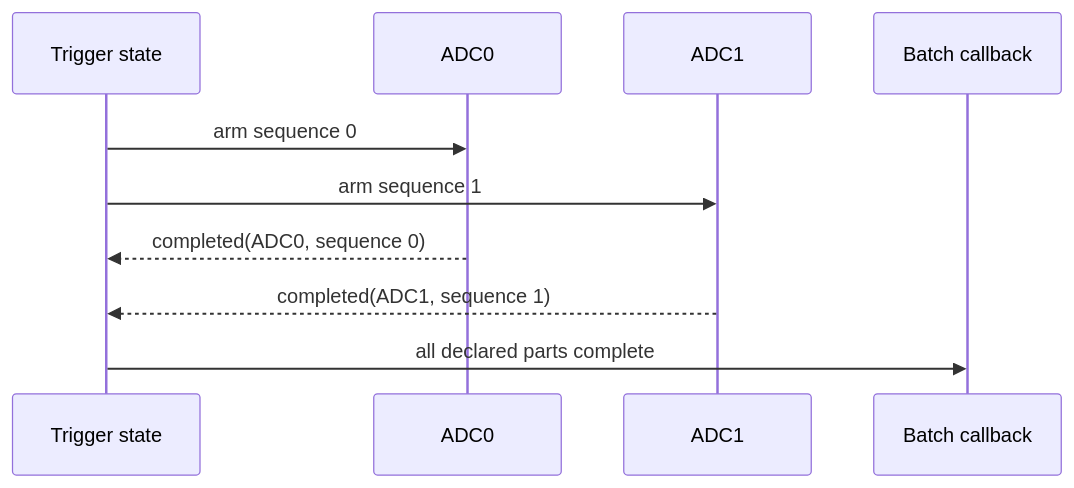
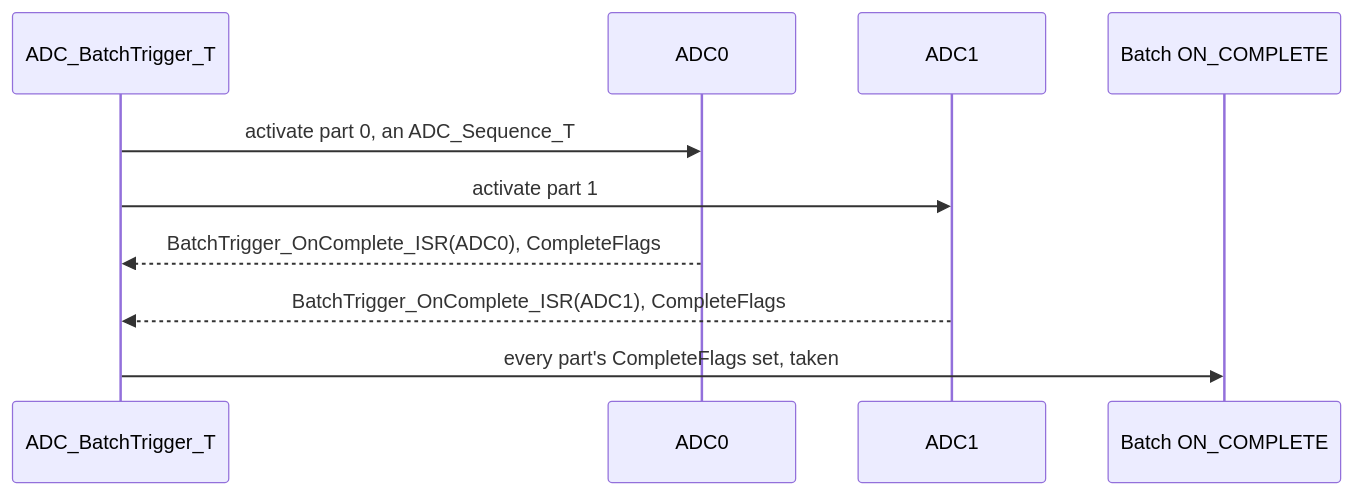
The first of 2 diagrams in Peripheral/ADC/_.md (FireSourcery/FireSourcery_Library), drawn with Mermaid before and after one commit. The commit also changed other lines of this file and 47 other files, not shown here.

````diff
--- a/Peripheral/ADC/_.md
+++ b/Peripheral/ADC/_.md
@@ -1,13 +1,13 @@
 ```mermaid
 sequenceDiagram
-    participant T as Trigger state
+    participant T as ADC_BatchTrigger_T
     participant A0 as ADC0
     participant A1 as ADC1
-    participant B as Batch callback
+    participant B as Batch ON_COMPLETE
 
-    T->>A0: arm sequence 0
-    T->>A1: arm sequence 1
-    A0-->>T: completed(ADC0, sequence 0)
-    A1-->>T: completed(ADC1, sequence 1)
-    T->>B: all declared parts complete
+    T->>A0: activate part 0, an ADC_Sequence_T
+    T->>A1: activate part 1
+    A0-->>T: BatchTrigger_OnComplete_ISR(ADC0), CompleteFlags
+    A1-->>T: BatchTrigger_OnComplete_ISR(ADC1), CompleteFlags
+    T->>B: every part's CompleteFlags set, taken
 ```
````
